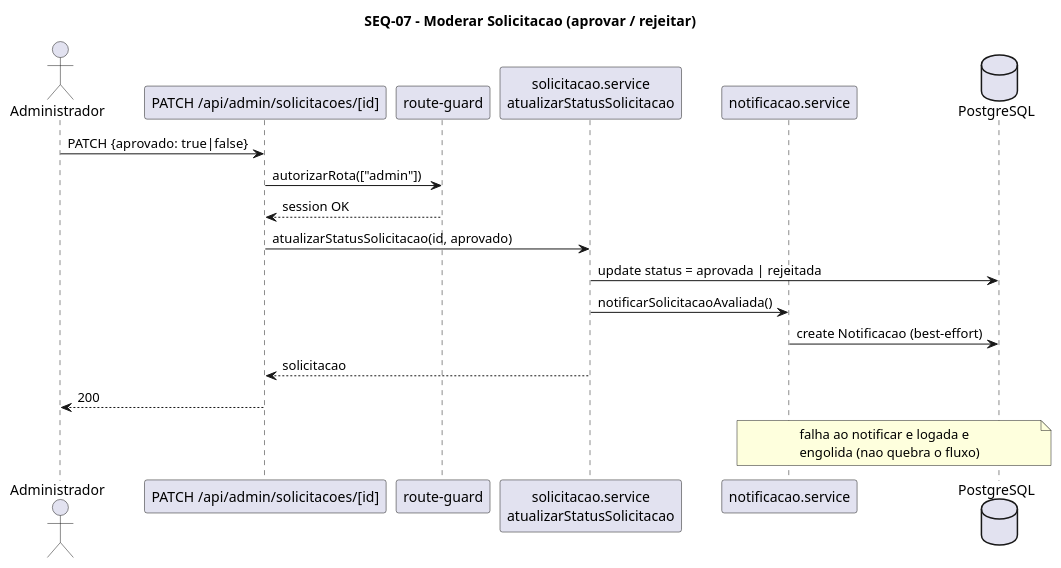
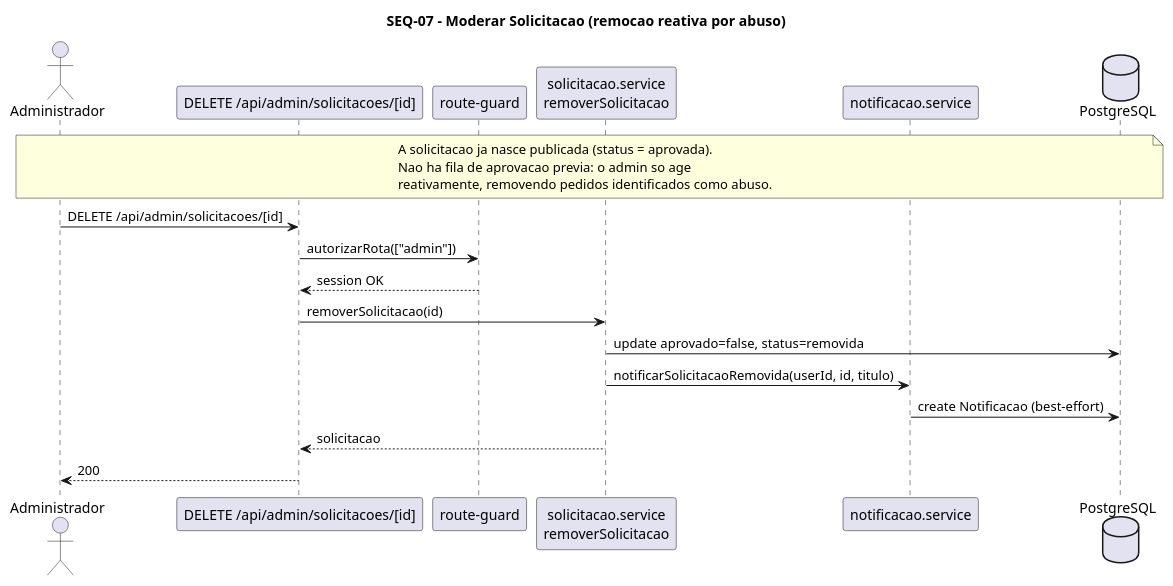
The diagram in docs/uml/4-sequencia/SEQ-07-moderar-solicitacao.puml (lononeiro/olx-ecologico), drawn with PlantUML before and after one commit. The commit also changed 53 other files, not shown here.

First line of the commit message:
docs(uml): revisao dos diagramas e sincronizacao docs/ com uml/

```diff
--- a/docs/uml/4-sequencia/SEQ-07-moderar-solicitacao.puml
+++ b/docs/uml/4-sequencia/SEQ-07-moderar-solicitacao.puml
@@ -1,20 +1,25 @@
 @startuml SEQ-07-moderar-solicitacao
-title SEQ-07 - Moderar Solicitacao (aprovar / rejeitar)
+title SEQ-07 - Moderar Solicitacao (remocao reativa por abuso)
 actor Administrador
-participant "PATCH /api/admin/solicitacoes/[id]" as EP
+participant "DELETE /api/admin/solicitacoes/[id]" as EP
 participant "route-guard" as RG
-participant "solicitacao.service\natualizarStatusSolicitacao" as SVC
+participant "solicitacao.service\nremoverSolicitacao" as SVC
 participant "notificacao.service" as N
 database PostgreSQL as DB
 
-Administrador -> EP : PATCH {aprovado: true|false}
+note over Administrador, DB
+  A solicitacao ja nasce publicada (status = aprovada).
+  Nao ha fila de aprovacao previa: o admin so age
+  reativamente, removendo pedidos identificados como abuso.
+end note
+
+Administrador -> EP : DELETE /api/admin/solicitacoes/[id]
 EP -> RG : autorizarRota(["admin"])
 RG --> EP : session OK
-EP -> SVC : atualizarStatusSolicitacao(id, aprovado)
-SVC -> DB : update status = aprovada | rejeitada
-SVC -> N : notificarSolicitacaoAvaliada()
+EP -> SVC : removerSolicitacao(id)
+SVC -> DB : update aprovado=false, status=removida
+SVC -> N : notificarSolicitacaoRemovida(userId, id, titulo)
 N -> DB : create Notificacao (best-effort)
 SVC --> EP : solicitacao
 EP --> Administrador : 200
-note over N,DB : falha ao notificar e logada e\nengolida (nao quebra o fluxo)
 @enduml
```
